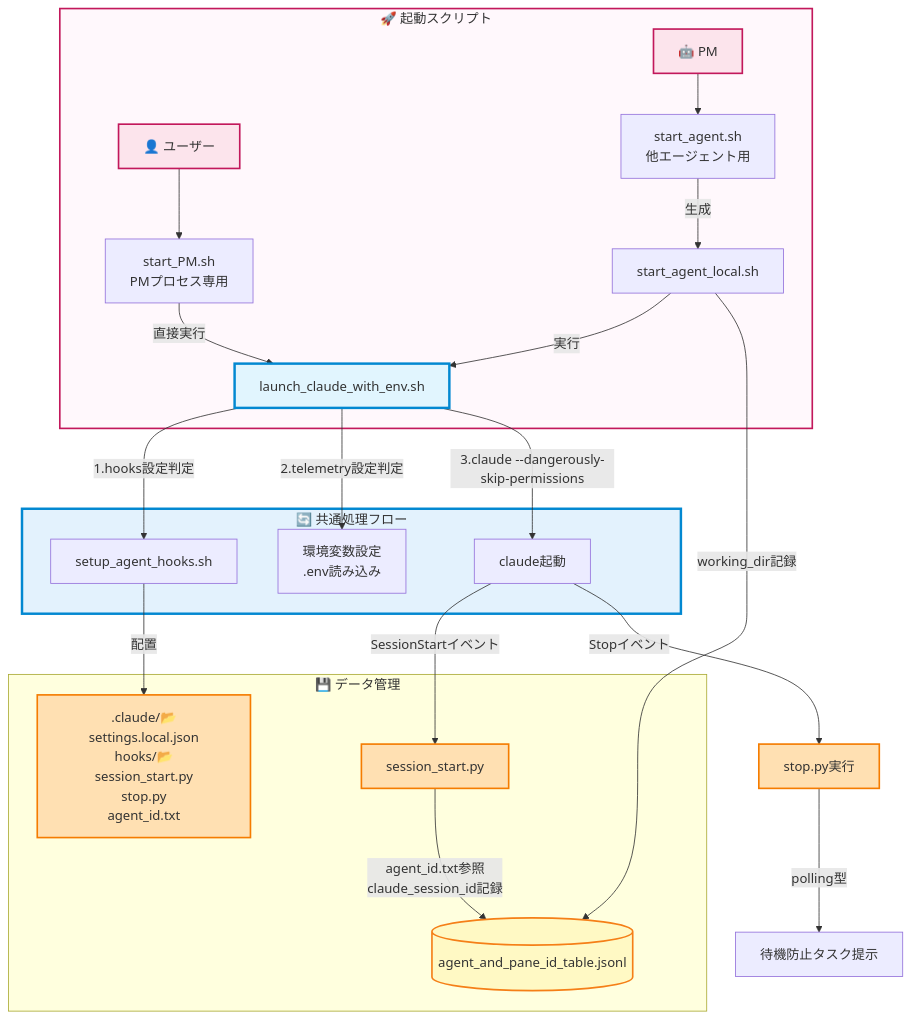
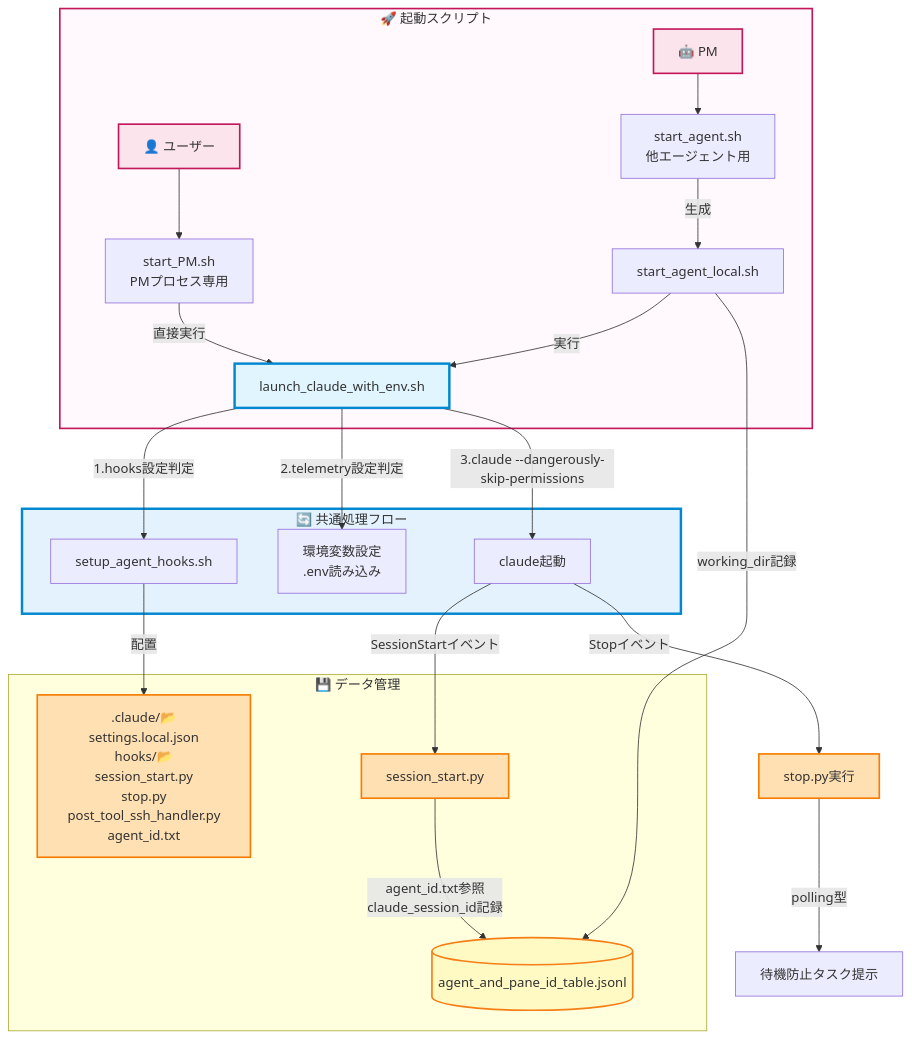
One commit to erkinalp/VibeCodeHPC-tr changed the second of 3 diagrams in README.md. Above: the diagram before and after it, drawn with Mermaid.

Commit message:
doc: PostToolUse（SSH接続アシスト）.pyファイル名をフローチャートに追加

````diff
--- a/README.md
+++ b/README.md
@@ -94,53 +94,53 @@
 ```mermaid
 flowchart TB
       %% 起動スクリプトの包含関係
       subgraph StartScripts["🚀 起動スクリプト"]
       User[👤 ユーザー] 
       PM[🤖 PM]
       User -->StartPM[start_PM.sh<br/>PMプロセス専用]
       PM -->StartAgent[start_agent.sh<br/>他エージェント用]
 
           StartPM -->|直接実行| LaunchClaude
           StartAgent -->|生成| LocalScript[start_agent_local.sh]
           LocalScript -->|実行| LaunchClaude
       end
 
       %% 共通処理の流れ
       subgraph CommonFlow["🔄 共通処理フロー"]
           LaunchClaude[launch_claude_with_env.sh]
           LaunchClaude -->|1.hooks設定判定| SetupHooks[setup_agent_hooks.sh]
           LaunchClaude -->|2.telemetry設定判定| EnvSetup[環境変数設定<br/>.env読み込み]
           LaunchClaude -->|3.claude --dangerously-skip-permissions| Claude[claude --dangerously-skip-permissions]
       end
 
       %% データフロー
       subgraph DataFlow["💾 データ管理"]
-          SetupHooks -->|配置| HooksDir[.claude/📂settings.local.json<br/>hooks/📂<br/>session_start.py<br/>stop.py<br/>agent_id.txt ]
+          SetupHooks -->|配置| HooksDir[.claude/📂settings.local.json<br/>hooks/📂<br/>session_start.py<br/>stop.py<br/>post_tool_ssh_handler.py<br/>agent_id.txt ]
 
           LocalScript -->|working_dir記録| JSONL
           Claude -->|SessionStartイベント| SessionHook[session_start.py]
           SessionHook -->|agent_id.txt参照<br/>claude_session_id記録| JSONL
 
           JSONL[(agent_and_pane_id_table.jsonl)]
       end
 
       %% Stop hookの動作フロー
       Claude[claude起動] -->|Stopイベント| StopHook[stop.py実行]
       StopHook -->|polling型| PreventWait[待機防止タスク提示]
 
       %% スタイリング
       style StartScripts fill:#fff8fc,stroke:#c2185b,stroke-width:2px
 
       style CommonFlow fill:#e3f2fd,stroke:#0288d1,stroke-width:3px
 
       style User fill:#fce4ec,stroke:#c2185b,stroke-width:2px
       style PM fill:#fce4ec,stroke:#c2185b,stroke-width:2px
       style LaunchClaude fill:#e1f5fe,stroke:#0288d1,stroke-width:3px
 
       style JSONL fill:#fff9c4,stroke:#f57f17,stroke-width:2px
       style JSONL fill:#fff9c4,stroke:#f57f17,stroke-width:2px
 
       style HooksDir fill:#ffe0b2,stroke:#f57c00,stroke-width:2px
       style StopHook fill:#ffe0b2,stroke:#f57c00,stroke-width:2px
       style SessionHook fill:#ffe0b2,stroke:#f57c00,stroke-width:2px
 ```
````
